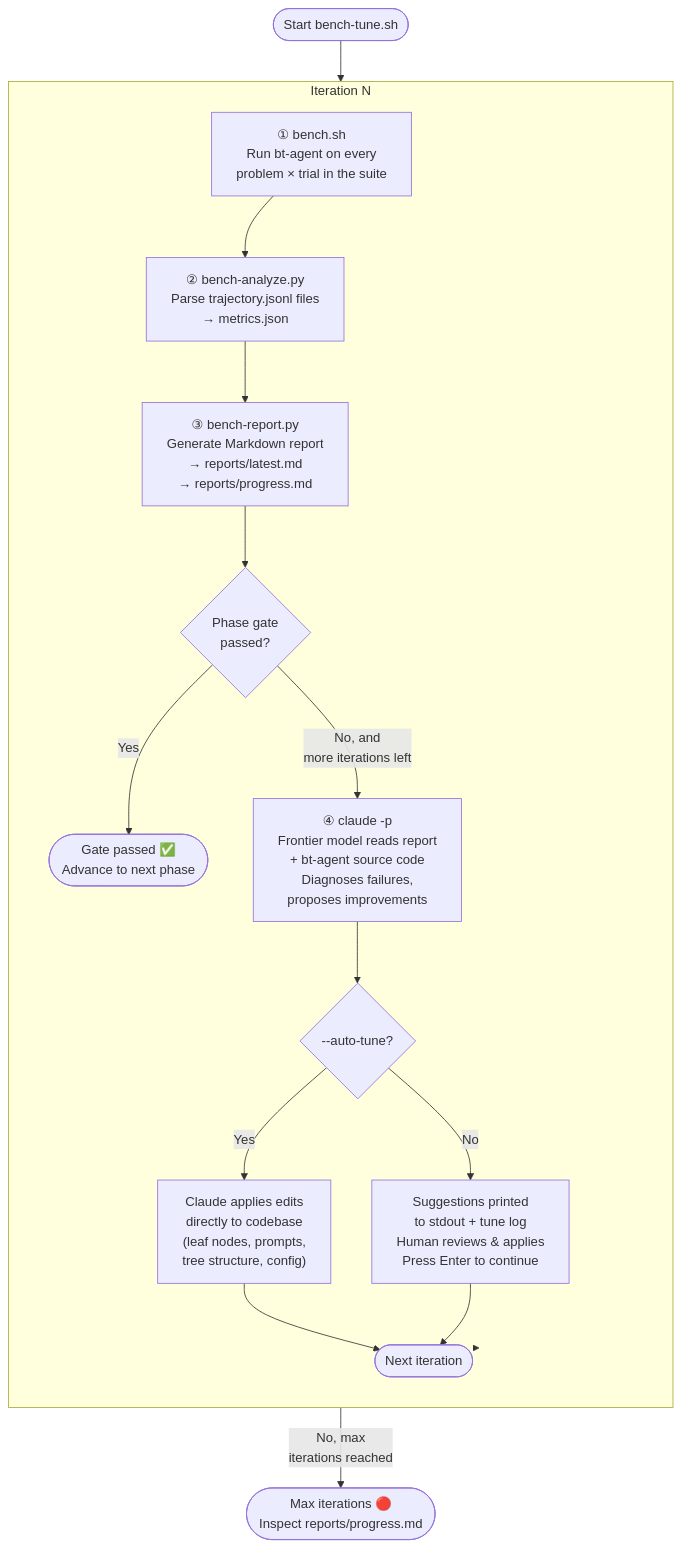
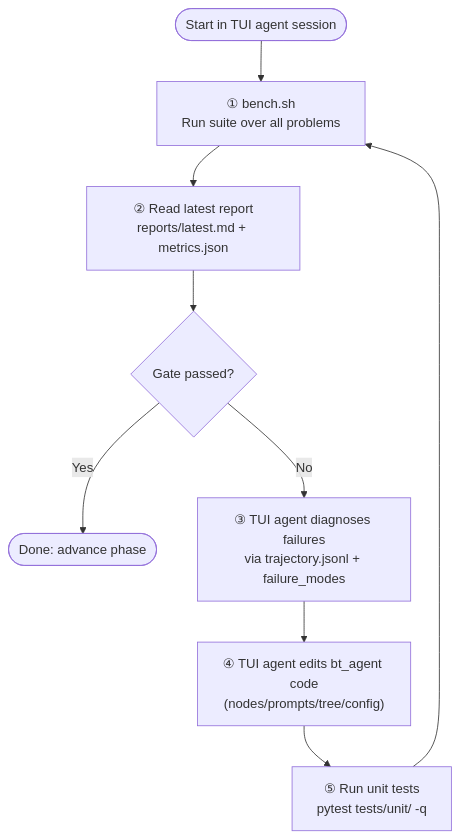
One commit to BenStringer3/bt-coding2 changed the diagram in WORKFLOW.md. Above: the diagram before and after it, drawn with Mermaid. The commit also changed other lines of this file and 4 other files, not shown here.

Commit message:
Remove bench-tune subprocess flow and document TUI-driven tuning loop

````diff
--- a/WORKFLOW.md
+++ b/WORKFLOW.md
@@ -92,32 +87,12 @@
 ```mermaid
 flowchart TD
-    START([Start bench-tune.sh]) --> ITER
-
-    subgraph ITER["Iteration N"]
-        direction TB
-        B["① bench.sh\nRun bt-agent on every\nproblem × trial in the suite"]
-        A["② bench-analyze.py\nParse trajectory.jsonl files\n→ metrics.json"]
-        R["③ bench-report.py\nGenerate Markdown report\n→ reports/latest.md\n→ reports/progress.md"]
-        C["④ claude -p\nFrontier model reads report\n+ bt-agent source code\nDiagnoses failures,\nproposes improvements"]
-        B --> A --> R --> GATE
-
-        GATE{Phase gate\npassed?}
-        GATE -- Yes --> WIN
-
-        GATE -- No, and\nmore iterations left --> C
-
-        C --> APPLY
-
-        APPLY{--auto-tune?}
-        APPLY -- Yes --> EDIT["Claude applies edits\ndirectly to codebase\n(leaf nodes, prompts,\ntree structure, config)"]
-        APPLY -- No --> HUMAN["Suggestions printed\nto stdout + tune log\nHuman reviews & applies\nPress Enter to continue"]
-
-        EDIT --> NEXTITER
-        HUMAN --> NEXTITER
-    end
-
-    NEXTITER([Next iteration]) --> ITER
-    WIN([Gate passed ✅\nAdvance to next phase])
-
-    GATE -- No, max\niterations reached --> FAIL([Max iterations 🔴\nInspect reports/progress.md])
+    START([Start in TUI agent session]) --> B
+    B["① bench.sh\nRun suite over all problems"] --> R
+    R["② Read latest report\nreports/latest.md + metrics.json"] --> G
+    G{Gate passed?}
+    G -- Yes --> WIN([Done: advance phase])
+    G -- No --> T
+    T["③ TUI agent diagnoses failures\nvia trajectory.jsonl + failure_modes"] --> E
+    E["④ TUI agent edits bt_agent code\n(nodes/prompts/tree/config)"] --> U
+    U["⑤ Run unit tests\npytest tests/unit/ -q"] --> B
 ```
````
